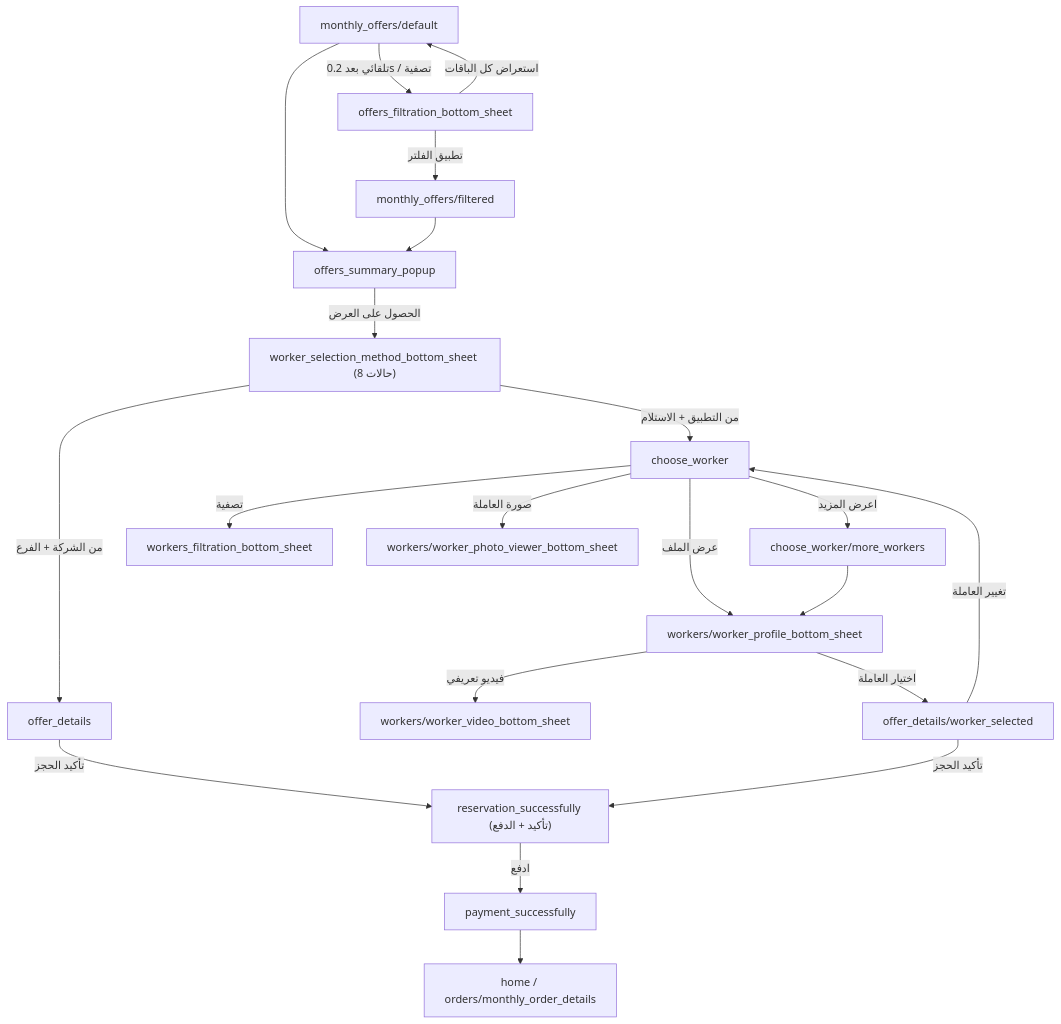
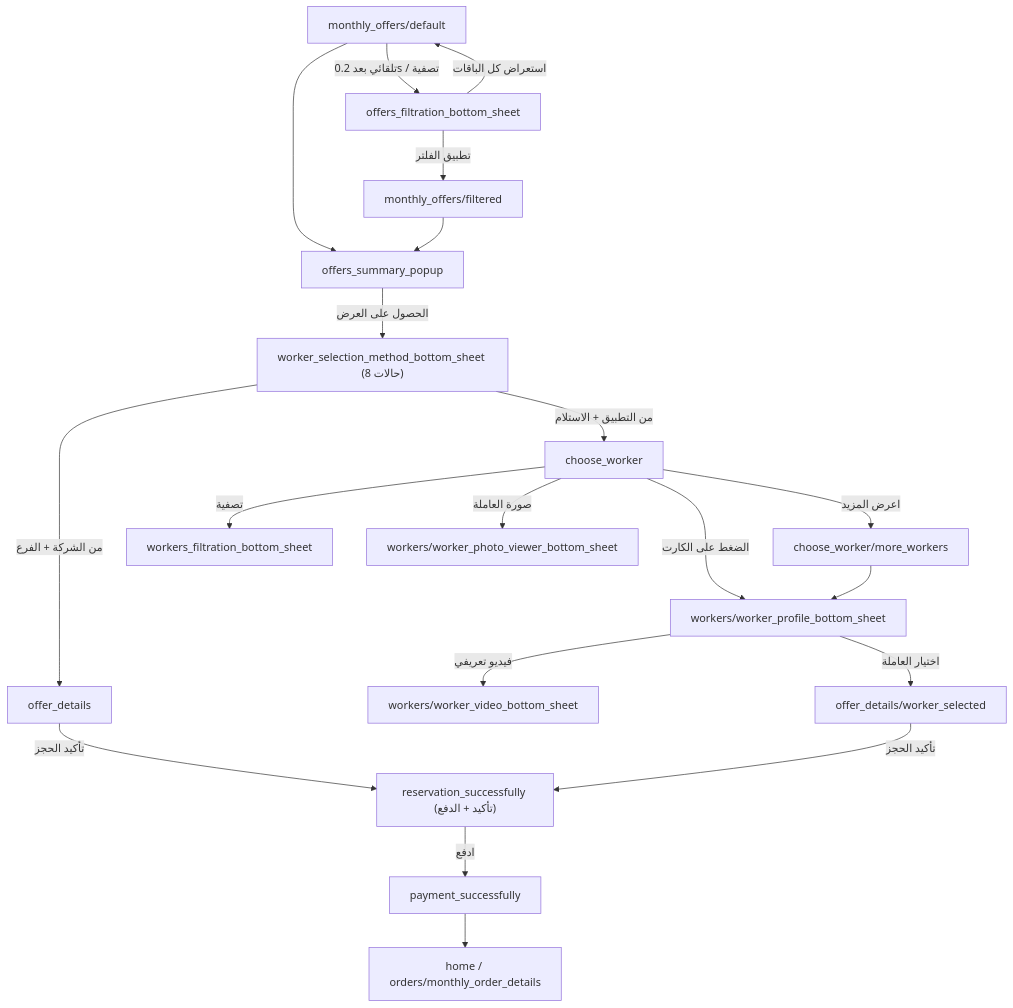
The diagram in project/product/features/monthly-and-medical.md (mmsanad7/belkhedma), drawn with Mermaid before and after one commit. The commit also changed other lines of this file and 9 other files, not shown here.

Commit message:
Remove buttons from worker card; card tap opens profile; drop change-worker (decision 0016)

````diff
--- a/project/product/features/monthly-and-medical.md
+++ b/project/product/features/monthly-and-medical.md
@@ -9,23 +9,22 @@
 ```mermaid
 flowchart TD
     A["monthly_offers/default"] -->|"تلقائي بعد 0.2s / تصفية"| F["offers_filtration_bottom_sheet"]
     F -->|"تطبيق الفلتر"| A2["monthly_offers/filtered"]
     F -->|"استعراض كل الباقات"| A
     A --> P["offers_summary_popup"]
     A2 --> P
     P -->|"الحصول على العرض"| WM["worker_selection_method_bottom_sheet (8 حالات)"]
     WM -->|"من الشركة + الفرع"| D["offer_details"]
     WM -->|"من التطبيق + الاستلام"| CW["choose_worker"]
     CW -->|"اعرض المزيد"| MW["choose_worker/more_workers"]
     CW -->|"تصفية"| WF["workers_filtration_bottom_sheet"]
     CW -->|"صورة العاملة"| PH["workers/worker_photo_viewer_bottom_sheet"]
-    CW -->|"عرض الملف"| PR["workers/worker_profile_bottom_sheet"]
+    CW -->|"الضغط على الكارت"| PR["workers/worker_profile_bottom_sheet"]
     MW --> PR
     PR -->|"فيديو تعريفي"| VID["workers/worker_video_bottom_sheet"]
     PR -->|"اختيار العاملة"| D2["offer_details/worker_selected"]
-    D2 -->|"تغيير العاملة"| CW
     D -->|"تأكيد الحجز"| RS["reservation_successfully (تأكيد + الدفع)"]
     D2 -->|"تأكيد الحجز"| RS
     RS -->|"ادفع"| PS["payment_successfully"]
     PS --> H["home / orders/monthly_order_details"]
 ```
````
